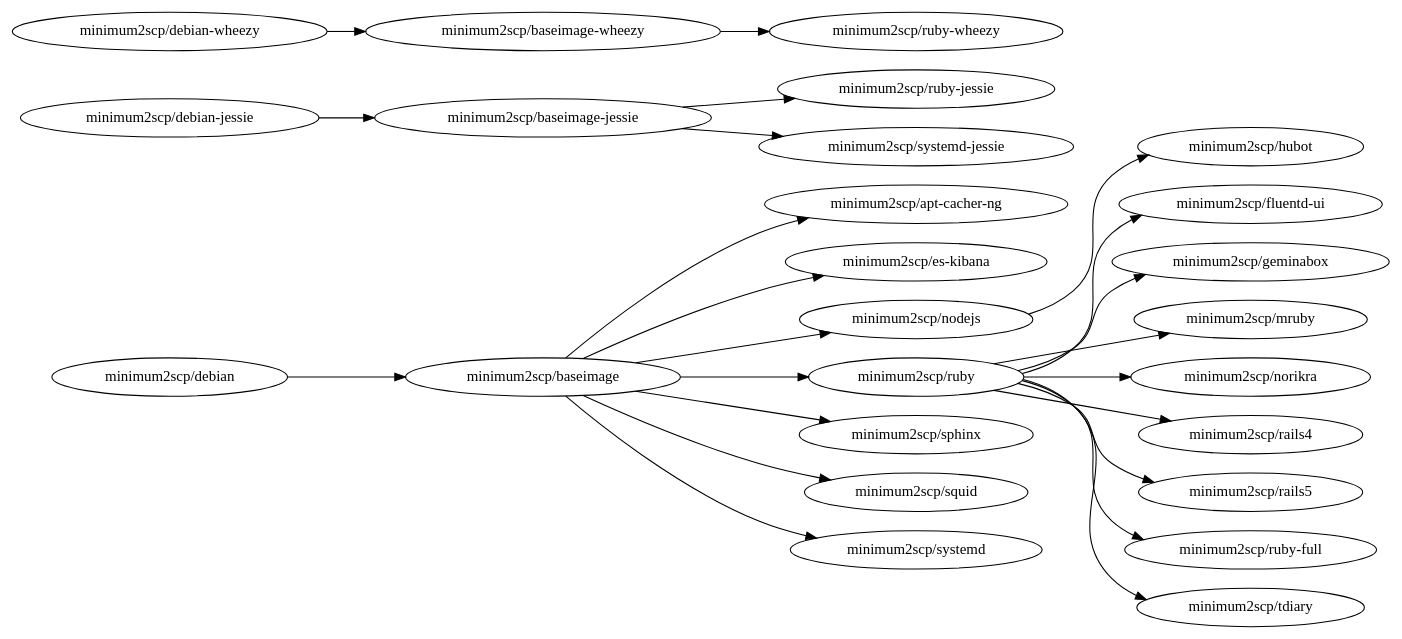
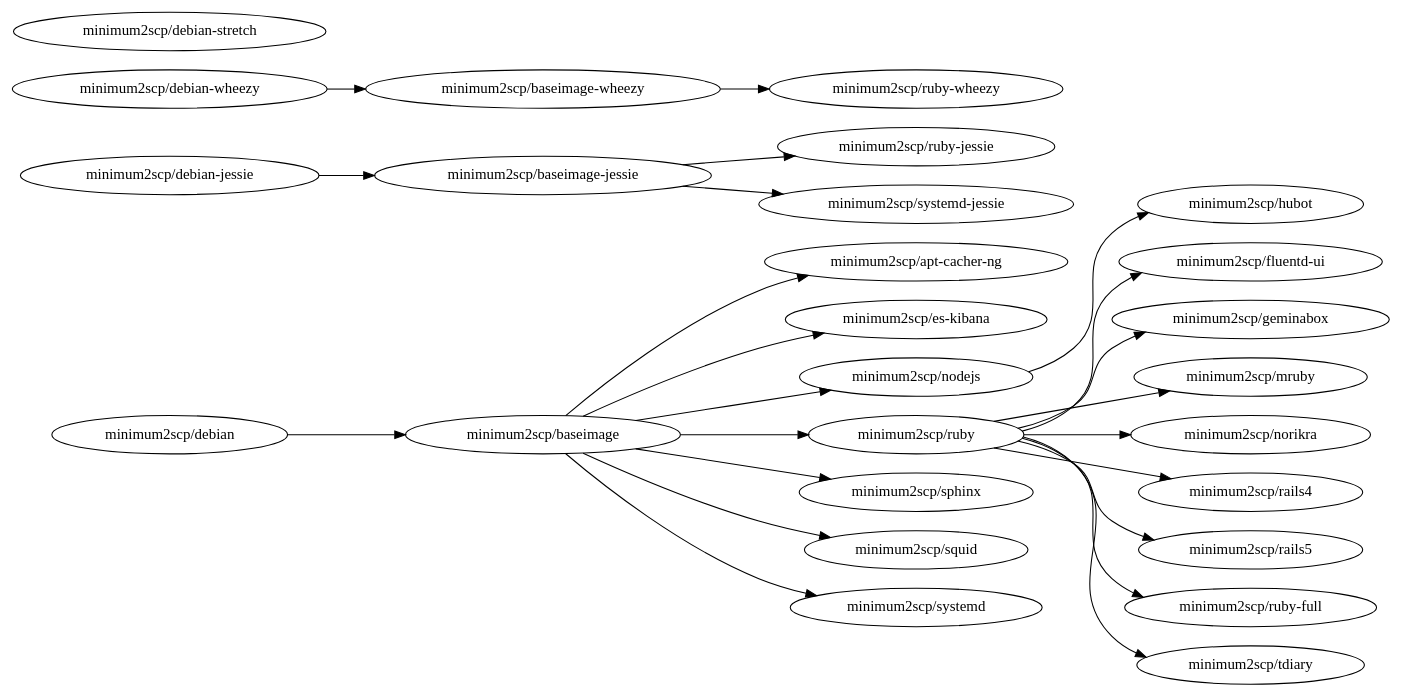
Before and after one commit to minimum2scp/dockerfiles: the diagram in deps.dot, drawn with Graphviz. The commit also changed 6 other files, not shown here.

Commit message:
Added debian-stretch image

```diff
--- a/deps.dot
+++ b/deps.dot
@@ -1,42 +1,45 @@
 digraph deps {
   graph        [rankdir = "LR"];
   ratio = auto;
 
 
   acng              [label = "minimum2scp/apt-cacher-ng"];
   baseimage         [label = "minimum2scp/baseimage"];
   baseimage_jessie  [label = "minimum2scp/baseimage-jessie"];
   baseimage_wheezy  [label = "minimum2scp/baseimage-wheezy"];
   debian            [label = "minimum2scp/debian"];
+  debian_stretch    [label = "minimum2scp/debian-stretch"];
   debian_jessie     [label = "minimum2scp/debian-jessie"];
   debian_wheezy     [label = "minimum2scp/debian-wheezy"];
   es_kibana         [label = "minimum2scp/es-kibana"];
   fluentd_ui        [label = "minimum2scp/fluentd-ui"];
   geminabox         [label = "minimum2scp/geminabox"];
   hubot             [label = "minimum2scp/hubot"];
   mruby             [label = "minimum2scp/mruby"];
   nodejs            [label = "minimum2scp/nodejs"];
   norikra           [label = "minimum2scp/norikra"];
   rails4            [label = "minimum2scp/rails4"];
   rails5            [label = "minimum2scp/rails5"];
   ruby              [label = "minimum2scp/ruby"];
   ruby_full         [label = "minimum2scp/ruby-full"];
   ruby_jessie       [label = "minimum2scp/ruby-jessie"];
   ruby_wheezy       [label = "minimum2scp/ruby-wheezy"];
   sphinx            [label = "minimum2scp/sphinx"];
   squid             [label = "minimum2scp/squid"];
   systemd           [label = "minimum2scp/systemd"];
   systemd_jessie    [label = "minimum2scp/systemd-jessie"];
   tdiary            [label = "minimum2scp/tdiary"];
 
   debian    -> baseimage;
   baseimage -> {acng, es_kibana, nodejs, ruby, sphinx, squid, systemd};
   ruby      -> {fluentd_ui, geminabox, mruby, norikra, rails4, rails5, ruby_full, tdiary};
   nodejs    -> {hubot};
 
+  debian_stretch;
+
   debian_jessie    -> baseimage_jessie;
   baseimage_jessie -> {systemd_jessie, ruby_jessie};
 
   debian_wheezy    -> baseimage_wheezy;
   baseimage_wheezy -> ruby_wheezy;
 }
```
